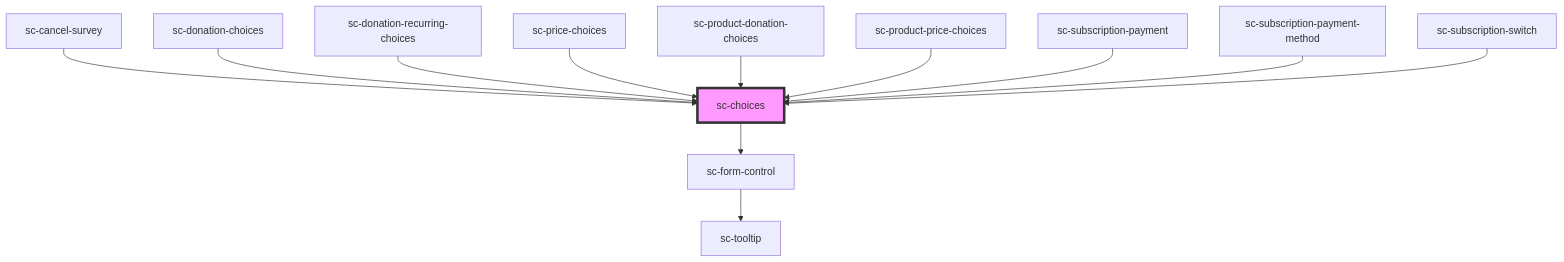
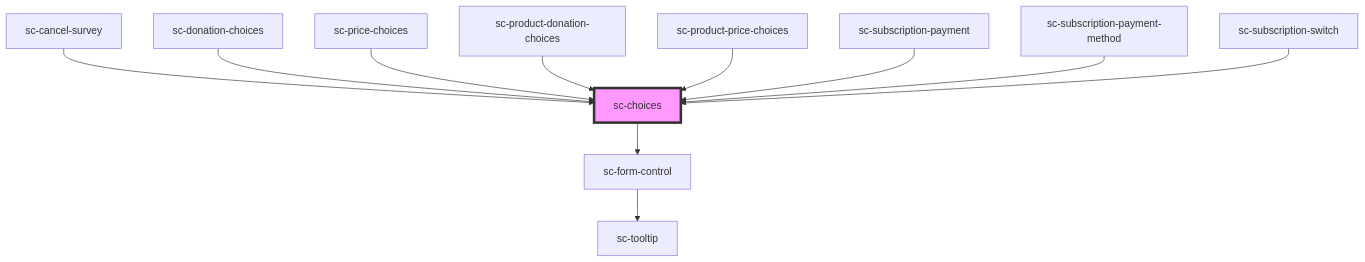
The diagram in packages/components/src/components/ui/choices/readme.md (surecart/surecart-wp-plugin), drawn with Mermaid before and after one commit. The commit also changed other lines of this file and 22 other files, not shown here.

````diff
--- a/packages/components/src/components/ui/choices/readme.md
+++ b/packages/components/src/components/ui/choices/readme.md
@@ -66,15 +65,14 @@
 ```mermaid
 graph TD;
   sc-choices --> sc-form-control
   sc-form-control --> sc-tooltip
   sc-cancel-survey --> sc-choices
   sc-donation-choices --> sc-choices
-  sc-donation-recurring-choices --> sc-choices
   sc-price-choices --> sc-choices
   sc-product-donation-choices --> sc-choices
   sc-product-price-choices --> sc-choices
   sc-subscription-payment --> sc-choices
   sc-subscription-payment-method --> sc-choices
   sc-subscription-switch --> sc-choices
   style sc-choices fill:#f9f,stroke:#333,stroke-width:4px
 ```
````
